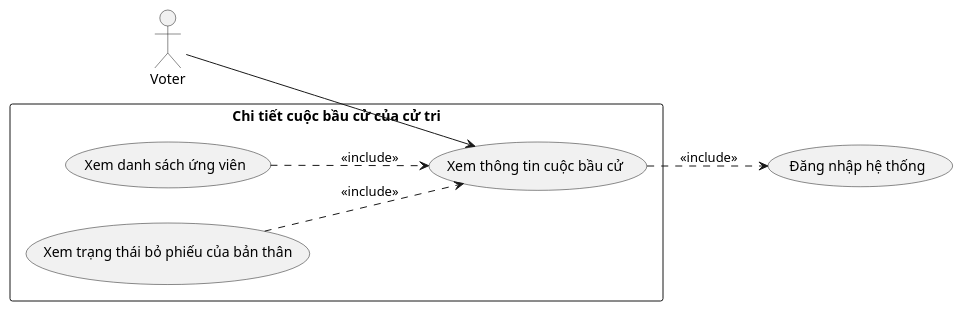
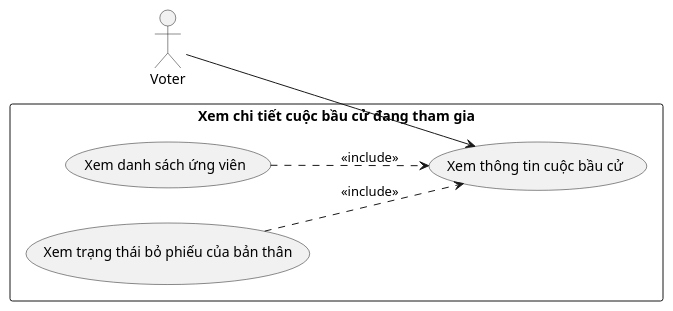
The diagram in PlantUML/Usecase/Xem-chi-tiet-bau-cu-tham-gia.puml (Tuienn/e-voting-latex), drawn with PlantUML before and after one commit. The commit also changed 31 other files, not shown here.

```diff
--- a/PlantUML/Usecase/Xem-chi-tiet-bau-cu-tham-gia.puml
+++ b/PlantUML/Usecase/Xem-chi-tiet-bau-cu-tham-gia.puml
@@ -1,19 +1,14 @@
 @startuml XemChiTietBauCuThamGia_UC
 left to right direction
-skinparam packageStyle rectangle
-
 actor "Voter" as voter
 
-usecase "Đăng nhập hệ thống" as UC_Login
-
-rectangle "Chi tiết cuộc bầu cử của cử tri" {
+rectangle "Xem chi tiết cuộc bầu cử đang tham gia" {
   usecase "Xem thông tin cuộc bầu cử" as UC_ViewInfo
   usecase "Xem danh sách ứng viên" as UC_ViewCandidates
   usecase "Xem trạng thái bỏ phiếu của bản thân" as UC_ViewMyStatus
 }
 
 voter --> UC_ViewInfo
-UC_ViewInfo ..> UC_Login : <<include>>
 UC_ViewCandidates ..> UC_ViewInfo : <<include>>
 UC_ViewMyStatus ..> UC_ViewInfo : <<include>>
 @enduml
```
